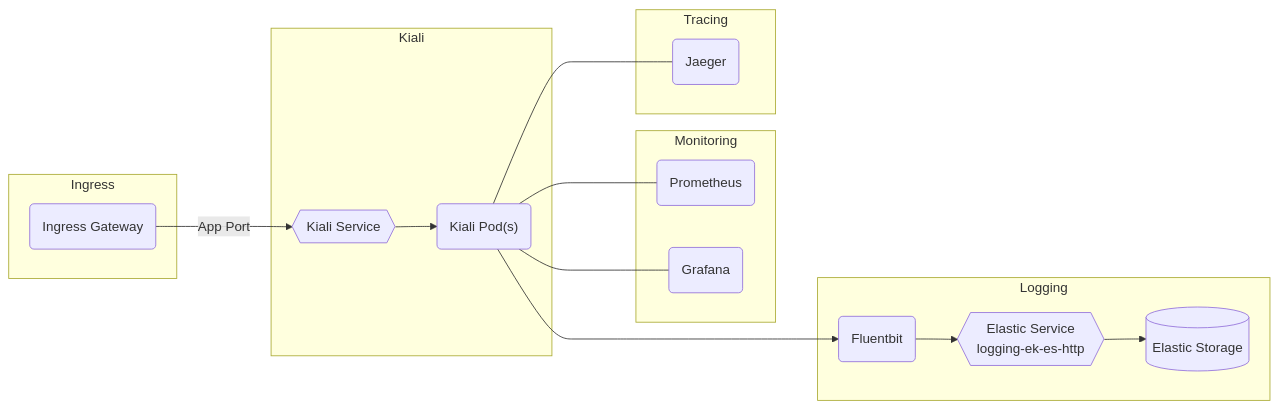
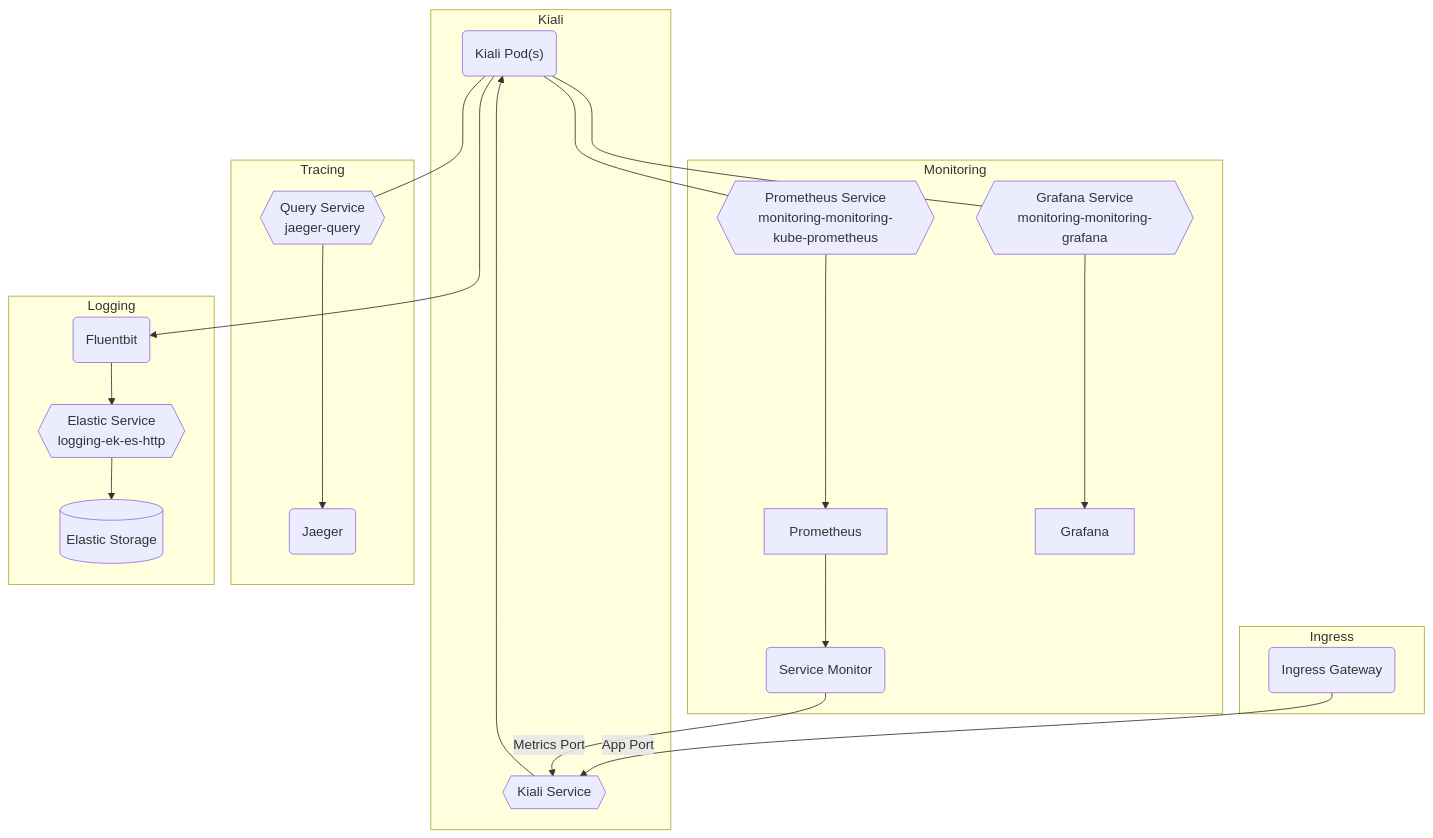
One commit to rjferguson21/big-bang changed the diagram in charter/packages/kiali/Architecture.md. Above: the diagram before and after it, drawn with Mermaid.

Commit message:
try mermaid

````diff
--- a/charter/packages/kiali/Architecture.md
+++ b/charter/packages/kiali/Architecture.md
@@ -11,25 +11,27 @@
 ```mermaid
-graph LR
+graph TB
   subgraph "Kiali"
     Kialipods("Kiali Pod(s)")
     kialiservice{{Kiali Service}} --> Kialipods("Kiali Pod(s)")
   end      
 
   subgraph "Ingress"
     ig(Ingress Gateway) --"App Port"--> kialiservice
   end
 
   subgraph "Monitoring"
-    Kialipods("Kiali Pod(s)") ---- prometheus(Prometheus)
-    Kialipods("Kiali Pod(s)") ---- grafana(Grafana)  
+    Kialipods("Kiali Pod(s)") ---- prometheusservice{{Prometheus Service<br />monitoring-monitoring-kube-prometheus}} ----> Prometheus
+    svcmonitor("Service Monitor") --"Metrics Port"--> kialiservice
+    Prometheus --> svcmonitor("Service Monitor")
+    Kialipods("Kiali Pod(s)") ---- grafanaservice{{Grafana Service<br />monitoring-monitoring-grafana}} ----> Grafana  
   end
 
   subgraph "Tracing"
-    Kialipods("Kiali Pod(s)") ---- jaeger(Jaeger)
+    Kialipods("Kiali Pod(s)") ---- queryservice{{Query Service<br />jaeger-query}} ----> jaeger(Jaeger)
   end
 
   subgraph "Logging"
     Kialipods("Kiali Pod(s)") ----> fluent(Fluentbit) --> logging-ek-es-http
     logging-ek-es-http{{Elastic Service<br />logging-ek-es-http}} --> elastic[(Elastic Storage)]
   end
 ```
````
